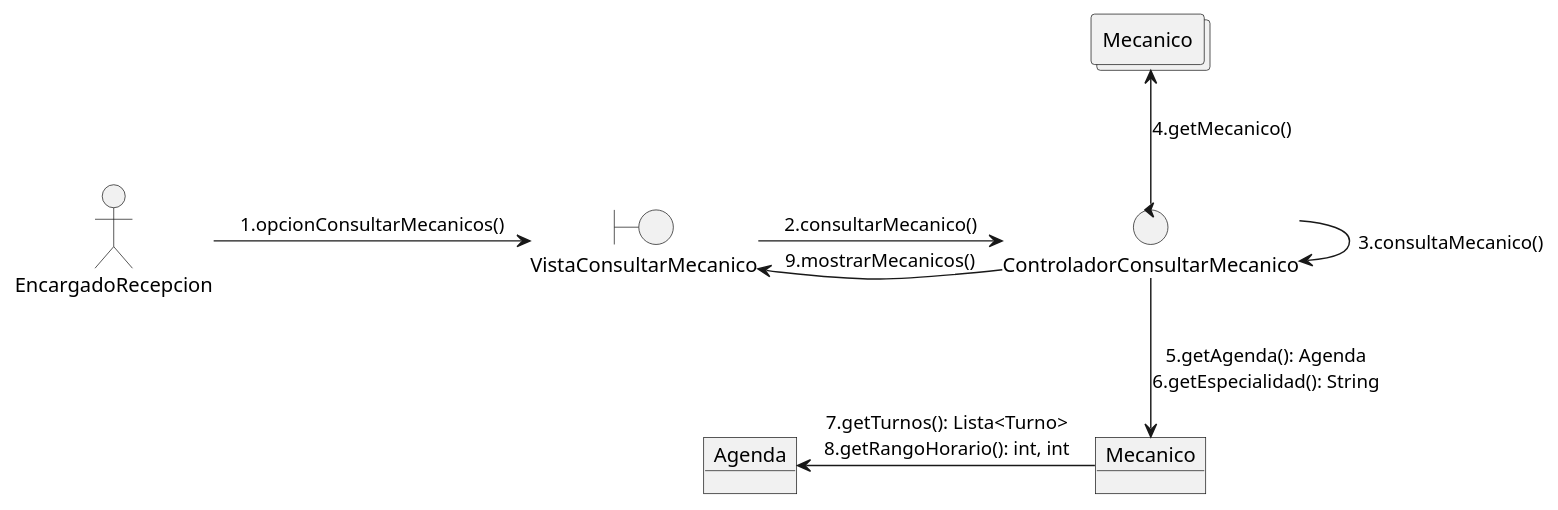
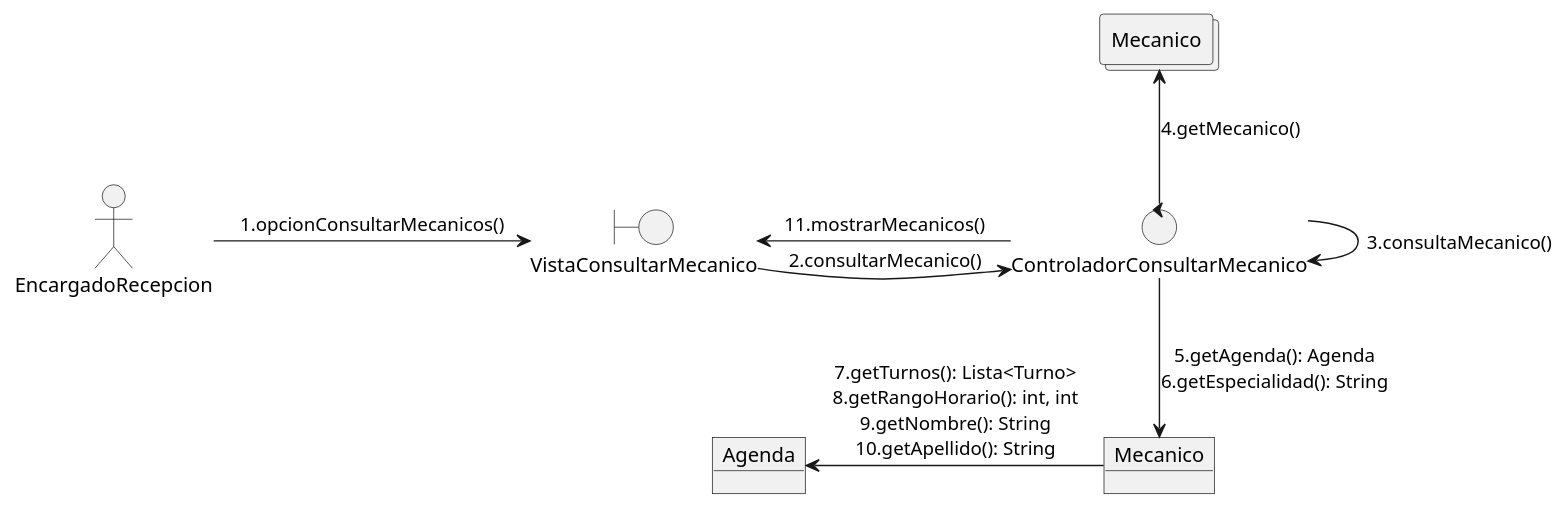
One commit to MatiasCermak/tp-integrador-doo changed the diagram in UML/Diagrama_Colab_Consultar_Mec.puml. Above: the diagram before and after it, drawn with PlantUML.

```diff
--- a/UML/Diagrama_Colab_Consultar_Mec.puml
+++ b/UML/Diagrama_Colab_Consultar_Mec.puml
@@ -1,18 +1,18 @@
 @startuml Diagrama Colaboracion Consultar Mecanico
 
 allow_mixing
 actor :EncargadoRecepcion: as encRec
 boundary "VistaConsultarMecanico" as view
 control "ControladorConsultarMecanico" as ctrl
 collections "Mecanico" as col
 object "Mecanico" as mec
 object "Agenda" as age
 encRec->view : 1.opcionConsultarMecanicos()
 view->ctrl : 2.consultarMecanico()
 ctrl->ctrl : 3.consultaMecanico()
 ctrl-up->col : 4.getMecanico()
 ctrl -down-> mec : 5.getAgenda(): Agenda\n6.getEspecialidad(): String
-mec -left-> age : 7.getTurnos(): Lista<Turno>\n8.getRangoHorario(): int, int
-view<-ctrl : 9.mostrarMecanicos()
+mec -left-> age : 7.getTurnos(): Lista<Turno>\n8.getRangoHorario(): int, int\n9.getNombre(): String\n10.getApellido(): String
+view<-ctrl : 11.mostrarMecanicos()
 
 @enduml
```
